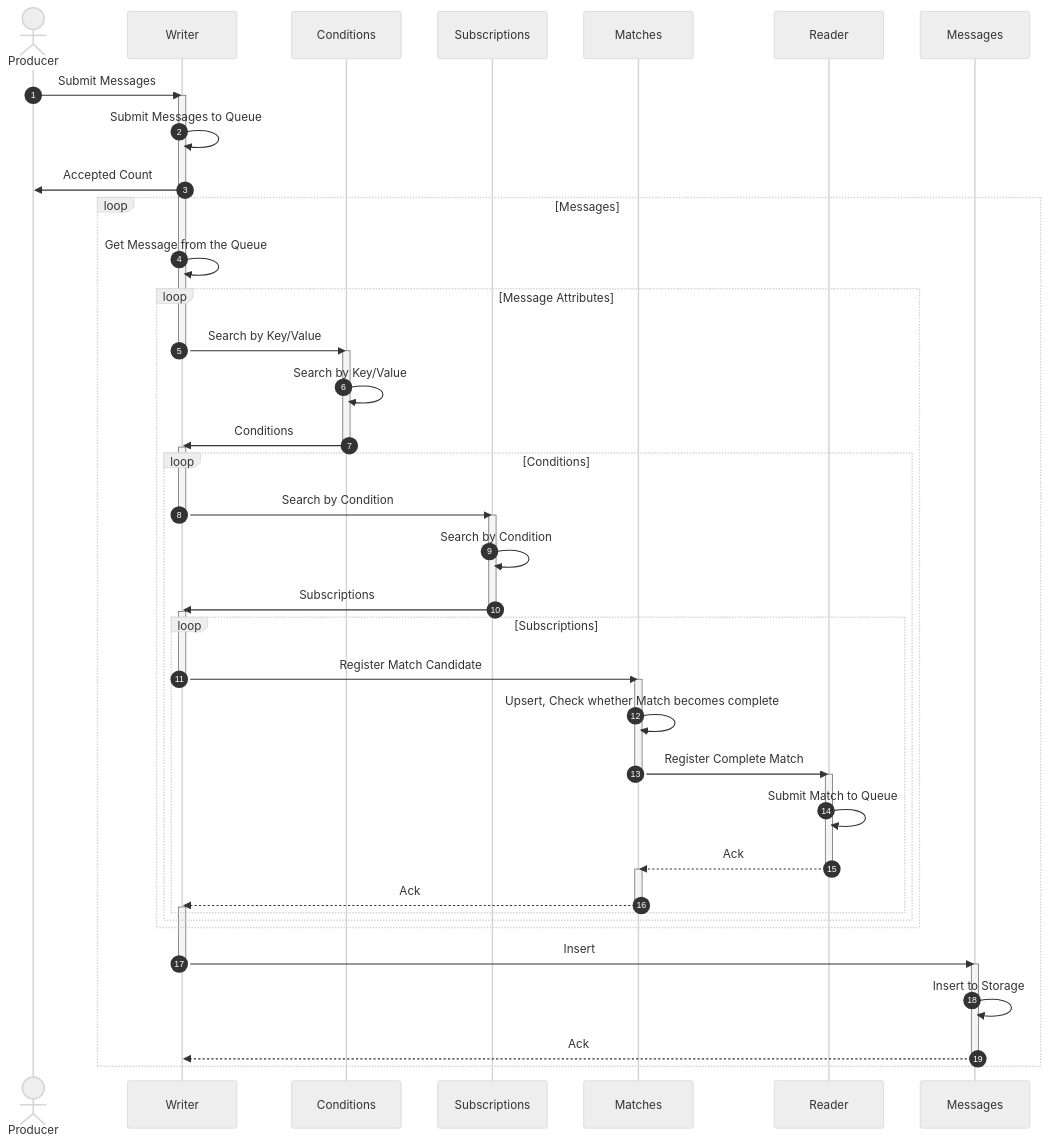
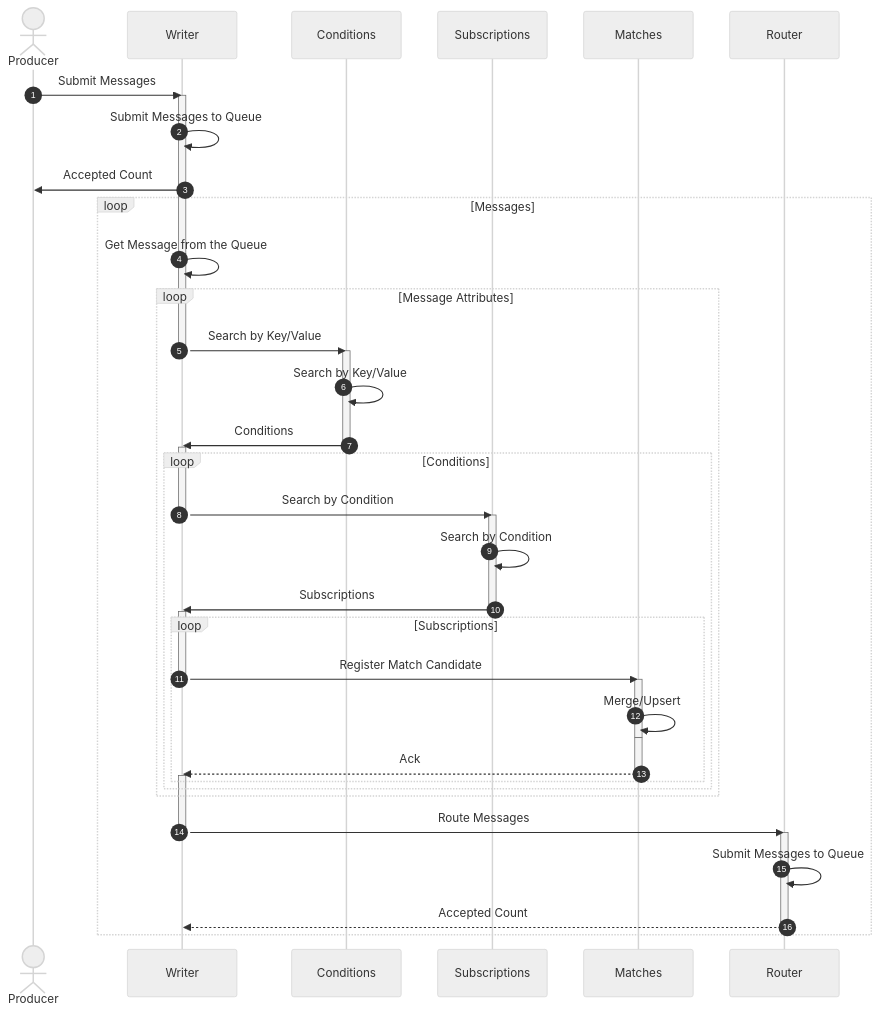
Before and after one commit to awakari/.github: the first of 2 diagrams in profile/README.md, drawn with Mermaid. The commit also changed other lines of this file and 2 other files, not shown here.

Commit message:
readme update

````diff
--- a/profile/README.md
+++ b/profile/README.md
@@ -121,82 +121,75 @@
 ```mermaid
 %%{init: {'theme': 'neutral' } }%%
 sequenceDiagram
 
     autonumber
 
     actor Producer
     participant Writer
     participant Conditions
     participant Subscriptions
     participant Matches
-    participant Reader
-    participant Messages
+    participant Router
 
     Producer->>Writer: Submit Messages
     
     activate Writer
     Writer->>Writer: Submit Messages to Queue
     Writer->>Producer: Accepted Count
     
     loop Messages
     
         Writer->>Writer: Get Message from the Queue
         
         loop Message Attributes
         
             Writer->>Conditions: Search by Key/Value
             deactivate Writer
             
             activate Conditions
             Conditions->>Conditions: Search by Key/Value
             Conditions->>Writer: Conditions
             deactivate Conditions
             
             activate Writer
             loop Conditions
                 
                 Writer->>Subscriptions: Search by Condition
                 deactivate Writer
                 
                 activate Subscriptions
                 Subscriptions->>Subscriptions: Search by Condition
                 Subscriptions->>Writer: Subscriptions
                 deactivate Subscriptions
                 
                 activate Writer
                 loop Subscriptions
                     
                     Writer->>Matches: Register Match Candidate
                     deactivate Writer
                     
                     activate Matches
-                    Matches->>Matches: Upsert, Check whether Match becomes complete
-                    Matches->>Reader: Register Complete Match
-                    deactivate Matches
-                    
-                    activate Reader
-                    Reader->>Reader: Submit Match to Queue
-                    Reader-->>Matches: Ack
-                    deactivate Reader
+                    Matches->>Matches: Merge/Upsert
+                    deactivate Matches                  
                     
                     activate Matches
                     Matches-->>Writer: Ack
                     deactivate Matches
                     
                     activate Writer
                     
                 end
             end
         end
         
-        Writer->>Messages: Insert
+        Writer->>Router: Route Messages
         deactivate Writer
         
-        activate Messages
-        Messages->>Messages: Insert to Storage
-        Messages-->>Writer: Ack
-        deactivate Messages
+        activate Router
+        Router->>Router: Submit Messages to Queue
+        Router-->>Writer: Accepted Count
+        deactivate Router
         
         activate Writer
     end
 ```
````
